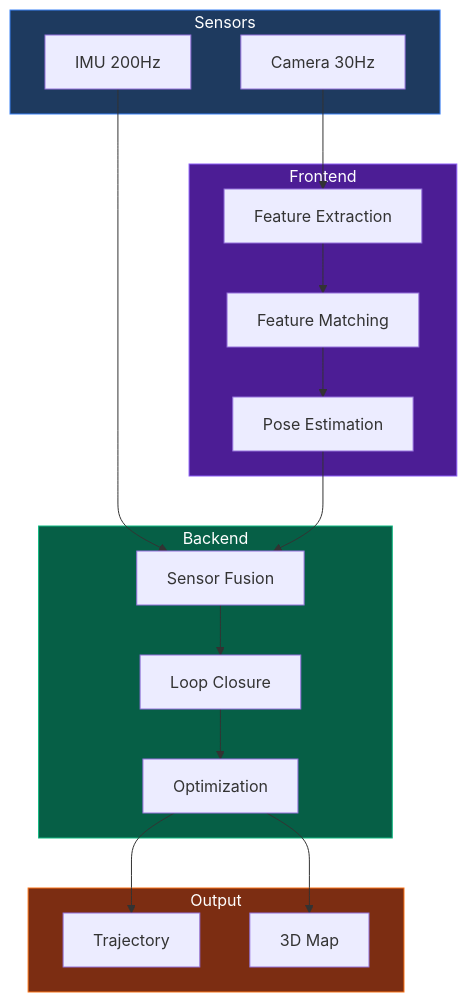
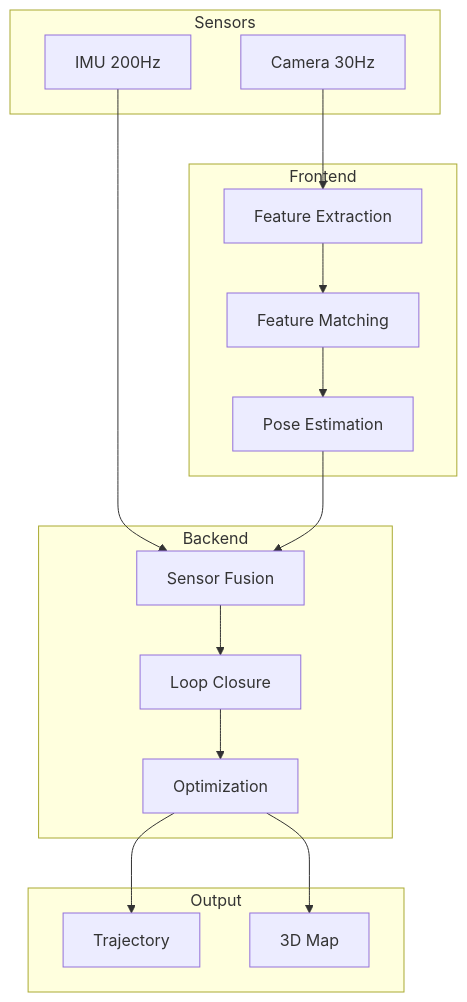
Before and after one commit to robertteleng/aria-slam: the second of 10 diagrams in README.md, drawn with Mermaid. The commit also changed other lines of this file, not shown here.

Commit message:
docs: add glossary section and fix Mermaid syntax

````diff
--- a/README.md
+++ b/README.md
@@ -86,37 +78,32 @@
 ```mermaid
 flowchart TD
-    subgraph Sensors
+    subgraph Sensors["Sensors"]
         CAM[Camera 30Hz]
         IMU[IMU 200Hz]
     end
 
-    subgraph Frontend
+    subgraph Frontend["Frontend"]
         FE[Feature Extraction]
         FM[Feature Matching]
         PE[Pose Estimation]
     end
 
-    subgraph Backend
+    subgraph Backend["Backend"]
         SF[Sensor Fusion]
         LC[Loop Closure]
         OPT[Optimization]
     end
 
-    subgraph Output
+    subgraph Output["Output"]
         TRAJ[Trajectory]
         MAP[3D Map]
     end
 
     CAM --> FE --> FM --> PE
     IMU --> SF
     PE --> SF
     SF --> LC
     LC --> OPT
     OPT --> TRAJ
     OPT --> MAP
-
-    style Sensors fill:#1e3a5f,stroke:#3b82f6,color:#fff
-    style Frontend fill:#4c1d95,stroke:#8b5cf6,color:#fff
-    style Backend fill:#065f46,stroke:#10b981,color:#fff
-    style Output fill:#7c2d12,stroke:#f97316,color:#fff
 ```
````
